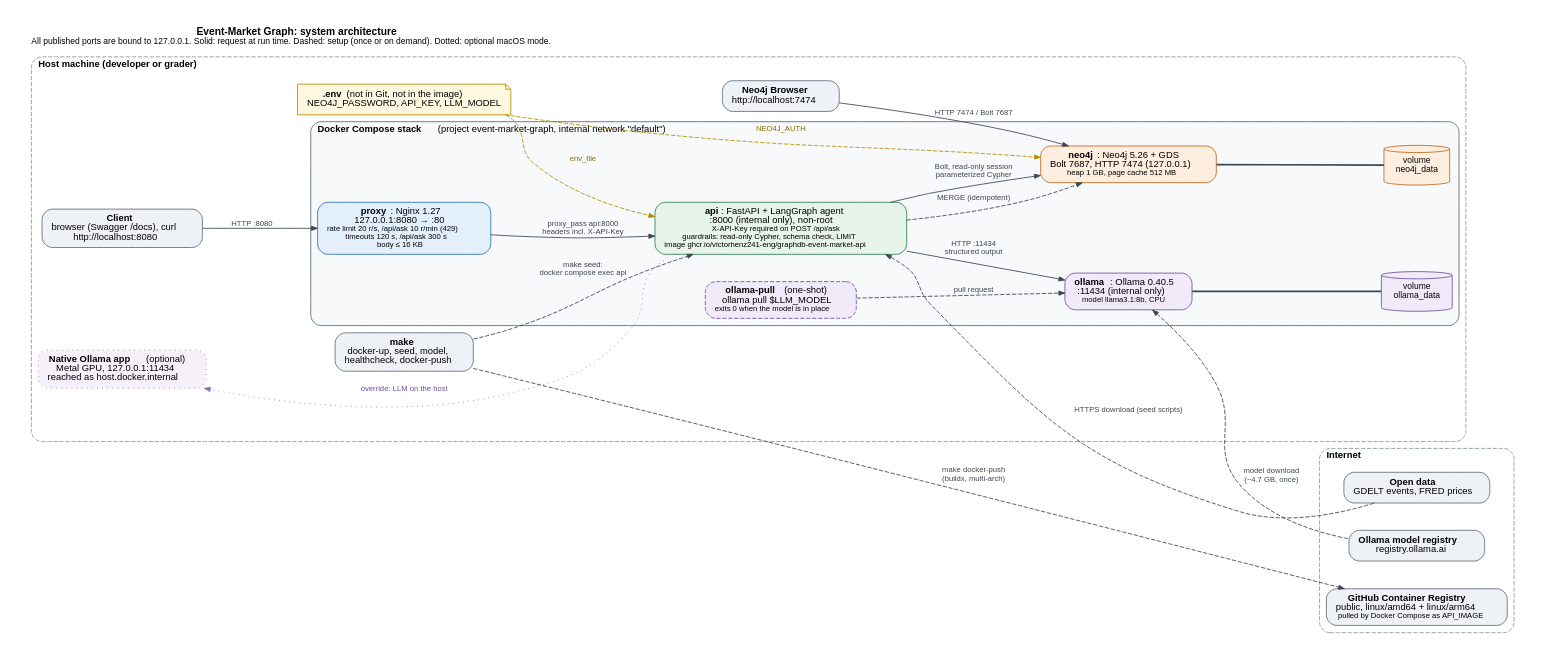
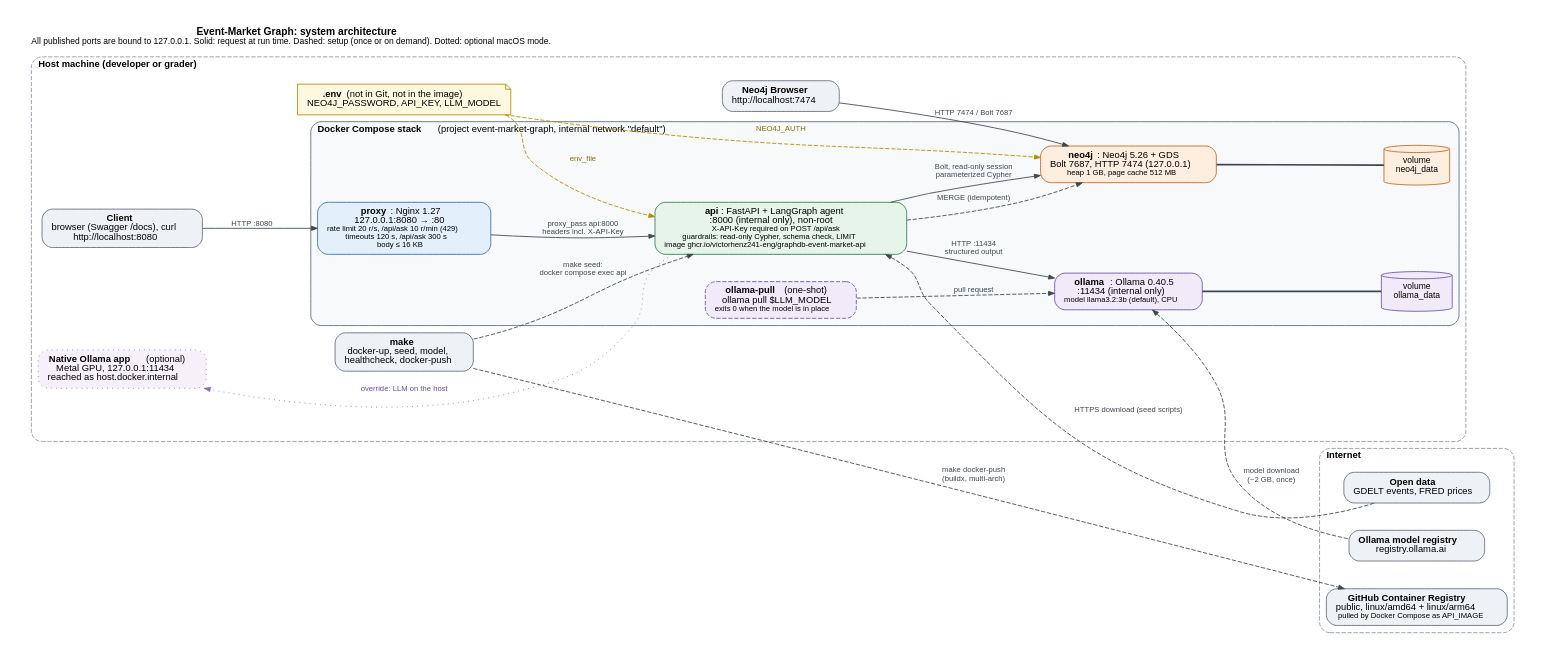
Before and after one commit to adrienlabergere-creator/graphdb-event-market: the diagram in docs/architecture.dot, drawn with Graphviz. The commit also changed 7 other files, not shown here.

Commit message:
feat(docker): default to llama3.2:3b, document llama3.1:8b for 16 GB machines

```diff
--- a/docs/architecture.dot
+++ b/docs/architecture.dot
@@ -1,64 +1,64 @@
 // System architecture of the Docker Compose stack. Render with: dot -Tpng -Gdpi=150 docs/architecture.dot -o docs/architecture.png
 // Solid arrows: a request at run time. Dashed arrows: setup, run once or on demand (seed, model pull, image push).
 digraph architecture {
     graph [rankdir=LR, fontname="Helvetica", fontsize=12, nodesep=0.45, ranksep=0.75, pad=0.3, bgcolor="white",
            label=<<b>Event-Market Graph: system architecture</b><br/><font point-size="10">All published ports are bound to 127.0.0.1. Solid: request at run time. Dashed: setup (once or on demand). Dotted: optional macOS mode.</font>>,
            labelloc=t, labeljust=l];
     node  [fontname="Helvetica", fontsize=11, shape=box, style="rounded,filled", color="#5f6b7a", fillcolor="#ffffff", margin="0.15,0.08"];
     edge  [fontname="Helvetica", fontsize=9, color="#3d4752", fontcolor="#3d4752", arrowsize=0.7];
 
     subgraph cluster_host {
         label=<<b>Host machine (developer or grader)</b>>; labeljust=l; style="rounded,dashed"; color="#8a96a3"; fontsize=11;
         user    [label=<<b>Client</b><br/>browser (Swagger /docs), curl<br/>http://localhost:8080>, fillcolor="#eef2f6"];
         browser [label=<<b>Neo4j Browser</b><br/>http://localhost:7474>, fillcolor="#eef2f6"];
         make    [label=<<b>make</b><br/>docker-up, seed, model,<br/>healthcheck, docker-push>, fillcolor="#eef2f6"];
         envfile [label=<<b>.env</b> (not in Git, not in the image)<br/>NEO4J_PASSWORD, API_KEY, LLM_MODEL>, shape=note, fillcolor="#fff8e1", color="#b38f00"];
         native  [label=<<b>Native Ollama app</b> (optional)<br/>Metal GPU, 127.0.0.1:11434<br/>reached as host.docker.internal>, fillcolor="#f6f0fb", color="#8e6bb3", style="rounded,filled,dotted"];
 
         subgraph cluster_compose {
             label=<<b>Docker Compose stack</b> (project event-market-graph, internal network "default")>; labeljust=l;
             style="rounded,filled"; fillcolor="#f7f9fb"; color="#5f6b7a"; fontsize=11;
 
             proxy [label=<<b>proxy</b>: Nginx 1.27<br/>127.0.0.1:8080 → :80<br/><font point-size="9">rate limit 20 r/s, /api/ask 10 r/min (429)<br/>timeouts 120 s, /api/ask 300 s<br/>body ≤ 16 KB</font>>, fillcolor="#e3f0fb", color="#2f6ea8"];
             api   [label=<<b>api</b>: FastAPI + LangGraph agent<br/>:8000 (internal only), non-root<br/><font point-size="9">X-API-Key required on POST /api/ask<br/>guardrails: read-only Cypher, schema check, LIMIT<br/>image ghcr.io/victorhenz241-eng/graphdb-event-market-api</font>>, fillcolor="#e6f4ea", color="#2e7d4f"];
             neo4j [label=<<b>neo4j</b>: Neo4j 5.26 + GDS<br/>Bolt 7687, HTTP 7474 (127.0.0.1)<br/><font point-size="9">heap 1 GB, page cache 512 MB</font>>, fillcolor="#fdeee0", color="#c0661c"];
-            ollama [label=<<b>ollama</b>: Ollama 0.40.5<br/>:11434 (internal only)<br/><font point-size="9">model llama3.1:8b, CPU</font>>, fillcolor="#f1ebf9", color="#6b4fa0"];
+            ollama [label=<<b>ollama</b>: Ollama 0.40.5<br/>:11434 (internal only)<br/><font point-size="9">model llama3.2:3b (default), CPU</font>>, fillcolor="#f1ebf9", color="#6b4fa0"];
             pull  [label=<<b>ollama-pull</b> (one-shot)<br/>ollama pull $LLM_MODEL<br/><font point-size="9">exits 0 when the model is in place</font>>, fillcolor="#f1ebf9", color="#6b4fa0", style="rounded,filled,dashed"];
 
             neo4j_data  [label="volume\nneo4j_data", shape=cylinder, fillcolor="#fdeee0", color="#c0661c", fontsize=10];
             ollama_data [label="volume\nollama_data", shape=cylinder, fillcolor="#f1ebf9", color="#6b4fa0", fontsize=10];
         }
     }
 
     subgraph cluster_internet {
         label=<<b>Internet</b>>; labeljust=l; style="rounded,dashed"; color="#8a96a3"; fontsize=11;
         sources  [label=<<b>Open data</b><br/>GDELT events, FRED prices>, fillcolor="#eef2f6"];
         registry [label=<<b>Ollama model registry</b><br/>registry.ollama.ai>, fillcolor="#eef2f6"];
         ghcr     [label=<<b>GitHub Container Registry</b><br/>public, linux/amd64 + linux/arm64<br/><font point-size="9">pulled by Docker Compose as API_IMAGE</font>>, fillcolor="#eef2f6"];
     }
 
     // Run-time requests
     user    -> proxy [label="HTTP :8080"];
     proxy   -> api   [label="proxy_pass api:8000\nheaders incl. X-API-Key"];
     api     -> neo4j [label="Bolt, read-only session\nparameterized Cypher"];
     api     -> ollama [label="HTTP :11434\nstructured output"];
     browser -> neo4j [label="HTTP 7474 / Bolt 7687"];
     neo4j   -> neo4j_data [arrowhead=none, style=bold];
     ollama  -> ollama_data [arrowhead=none, style=bold];
 
     // Configuration
     envfile -> api   [style=dashed, color="#b38f00", fontcolor="#8a6d00", label="env_file"];
     envfile -> neo4j [style=dashed, color="#b38f00", fontcolor="#8a6d00", label="NEO4J_AUTH"];
 
     // Setup and on-demand jobs
     pull     -> ollama   [style=dashed, label="pull request"];
-    ollama   -> registry [style=dashed, dir=back, label="model download\n(~4.7 GB, once)"];
+    ollama   -> registry [style=dashed, dir=back, label="model download\n(~2 GB, once)"];
     make     -> api      [style=dashed, label="make seed:\ndocker compose exec api"];
     neo4j    -> sources  [style=invis];
     api      -> sources  [style=dashed, dir=back, label="HTTPS download (seed scripts)", constraint=false];
     api      -> neo4j    [style=dashed, label="MERGE (idempotent)", constraint=false];
     make     -> ghcr     [style=dashed, label="make docker-push\n(buildx, multi-arch)"];
 
     // Optional macOS mode (docker-compose.override.example.yml)
     api -> native [style=dotted, color="#8e6bb3", fontcolor="#6b4fa0", label="override: LLM on the host", constraint=false];
 }
```
